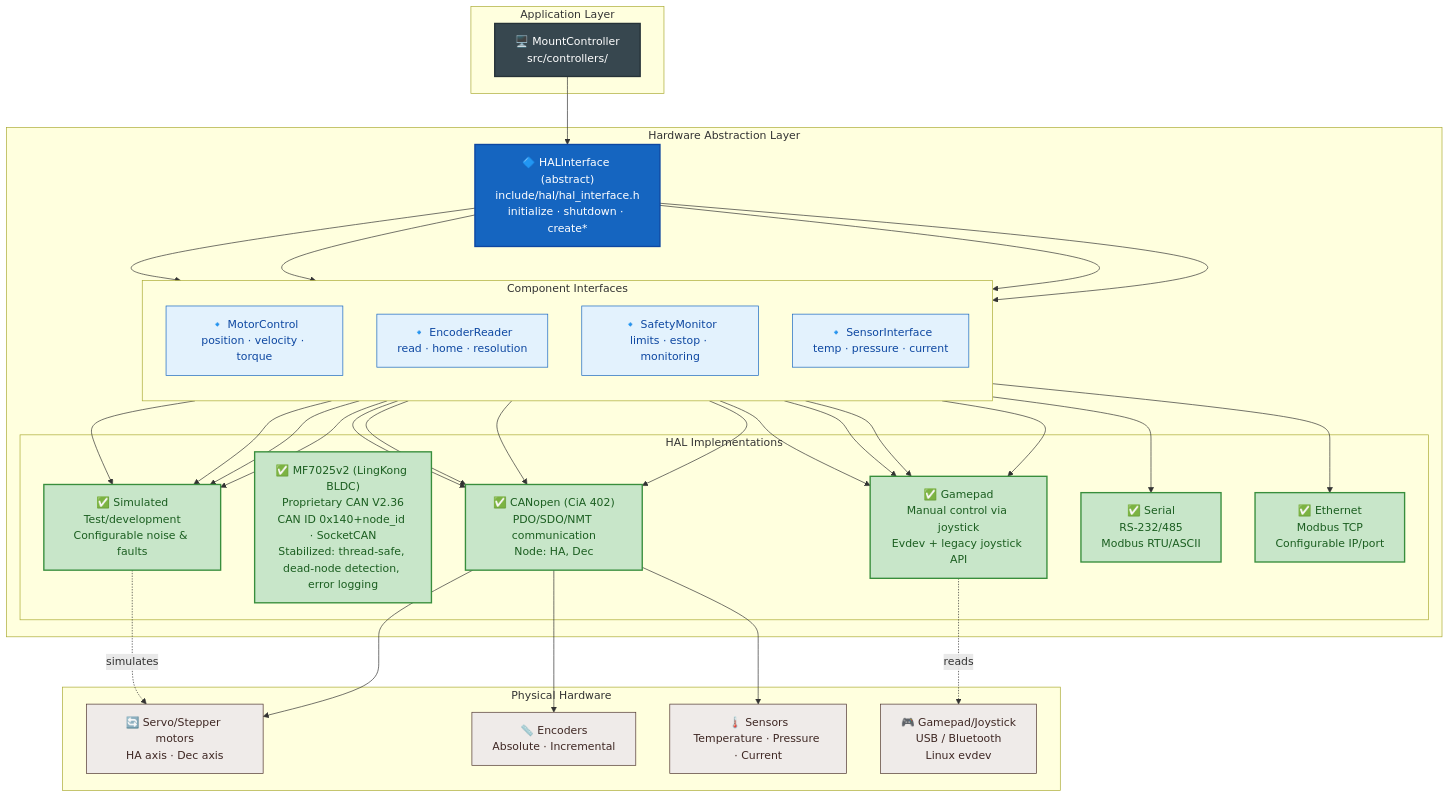
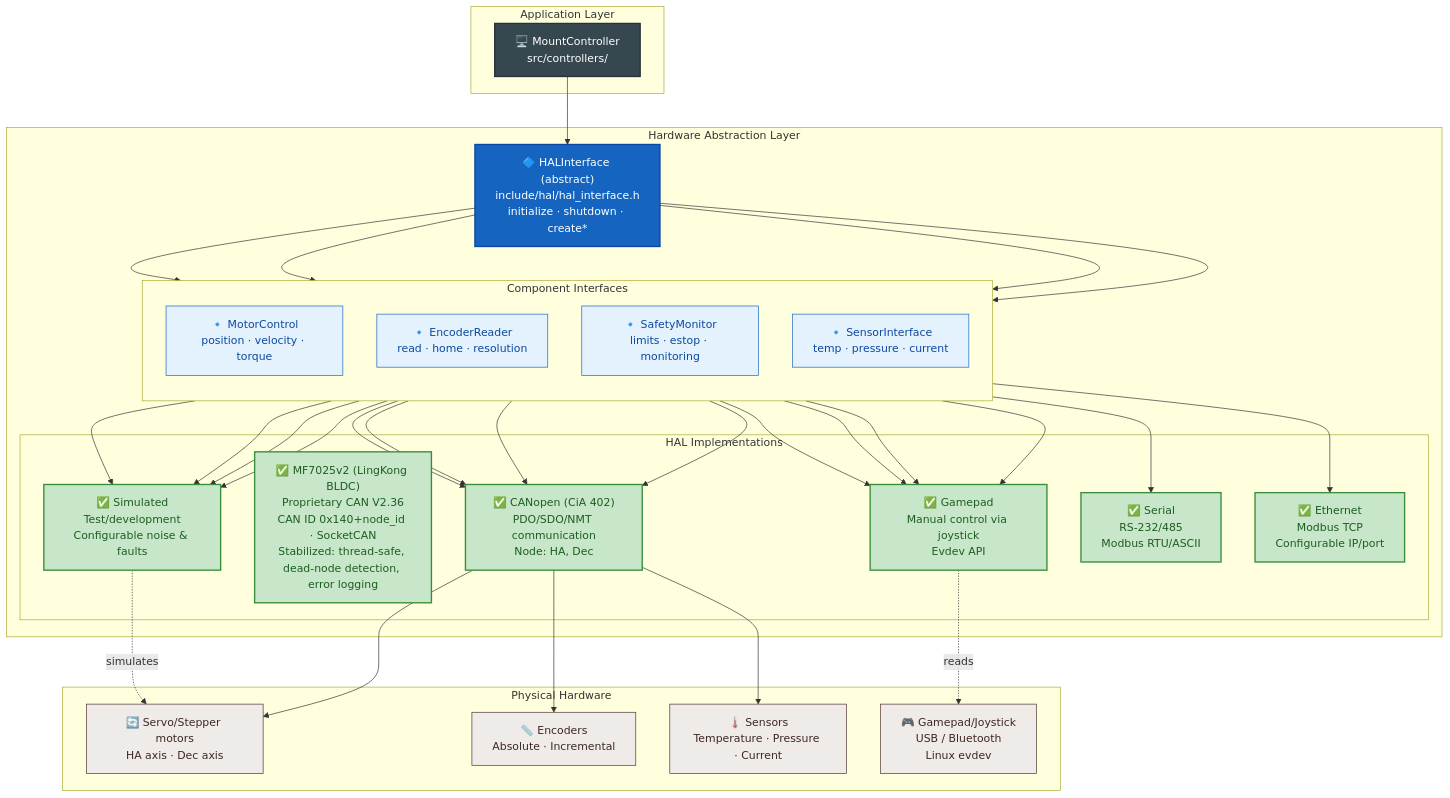
The first of 4 diagrams in docs/en/hal_layer.md (pielaszkiewicz-jacek/astro_mount_control), drawn with Mermaid before and after one commit. The commit also changed other lines of this file and 674 other files, not shown here.

````diff
--- a/docs/en/hal_layer.md
+++ b/docs/en/hal_layer.md
@@ -9,57 +9,57 @@
 ```mermaid
 flowchart TB
     %% Styles
     classDef controller fill:#37474f,stroke:#263238,color:#ffffff,stroke-width:2px
     classDef interface fill:#1565c0,stroke:#0d47a1,color:#ffffff,stroke-width:2px
     classDef component fill:#e3f2fd,stroke:#1565c0,stroke-width:1px,color:#0d47a1
     classDef impl fill:#e8f5e9,stroke:#388e3c,stroke-width:2px,color:#1b5e20
     classDef done fill:#c8e6c9,stroke:#388e3c,stroke-width:2px,color:#1b5e20
     classDef planned fill:#fff9c4,stroke:#fbc02d,stroke-width:2px,color:#f57f17
     classDef hw fill:#efebe9,stroke:#4e342e,stroke-width:1px,color:#3e2723
 
     subgraph APP["Application Layer"]
         MC["🖥️ MountController<br/>src/controllers/"]:::controller
     end
 
     subgraph HAL["Hardware Abstraction Layer"]
         HAL_IF["🔷 HALInterface (abstract)<br/>include/hal/hal_interface.h<br/>initialize · shutdown · create*"]:::interface
 
         subgraph COMP["Component Interfaces"]
             direction TB
             MOTOR["🔹 MotorControl<br/>position · velocity · torque"]:::component
             ENC["🔹 EncoderReader<br/>read · home · resolution"]:::component
             SAFE["🔹 SafetyMonitor<br/>limits · estop · monitoring"]:::component
             SENS["🔹 SensorInterface<br/>temp · pressure · current"]:::component
         end
 
         subgraph IMPL["HAL Implementations"]
             CAN_IMPL["✅ CANopen (CiA 402)<br/>PDO/SDO/NMT communication<br/>Node: HA, Dec"]:::done
             MF_IMPL["✅ MF7025v2 (LingKong BLDC)<br/>Proprietary CAN V2.36<br/>CAN ID 0x140+node_id · SocketCAN<br/>Stabilized: thread-safe, dead-node detection, error logging"]:::done
             SIM_IMPL["✅ Simulated<br/>Test/development<br/>Configurable noise & faults"]:::done
-            GAM_IMPL["✅ Gamepad<br/>Manual control via joystick<br/>Evdev + legacy joystick API"]:::done
+            GAM_IMPL["✅ Gamepad<br/>Manual control via joystick<br/>Evdev API"]:::done
             SER_IMPL["✅ Serial<br/>RS-232/485<br/>Modbus RTU/ASCII"]:::done
             ETH_IMPL["✅ Ethernet<br/>Modbus TCP<br/>Configurable IP/port"]:::done
         end
 
         HAL_IF --> MOTOR
         HAL_IF --> ENC
         HAL_IF --> SAFE
         HAL_IF --> SENS
         MOTOR --> CAN_IMPL & SIM_IMPL & GAM_IMPL & SER_IMPL & ETH_IMPL
         ENC --> CAN_IMPL & SIM_IMPL & GAM_IMPL
         SAFE --> CAN_IMPL & SIM_IMPL & GAM_IMPL
         SENS --> CAN_IMPL & SIM_IMPL & GAM_IMPL
     end
 
     subgraph HW["Physical Hardware"]
         MOT_HW["🔄 Servo/Stepper motors<br/>HA axis · Dec axis"]:::hw
         ENC_HW["📏 Encoders<br/>Absolute · Incremental"]:::hw
         SENS_HW["🌡️ Sensors<br/>Temperature · Pressure · Current"]:::hw
         GAM_HW["🎮 Gamepad/Joystick<br/>USB / Bluetooth<br/>Linux evdev"]:::hw
     end
 
     MC --> HAL_IF
     CAN_IMPL --> MOT_HW & ENC_HW & SENS_HW
     SIM_IMPL -.->|simulates| MOT_HW
     GAM_IMPL -.->|reads| GAM_HW
 ```
````
